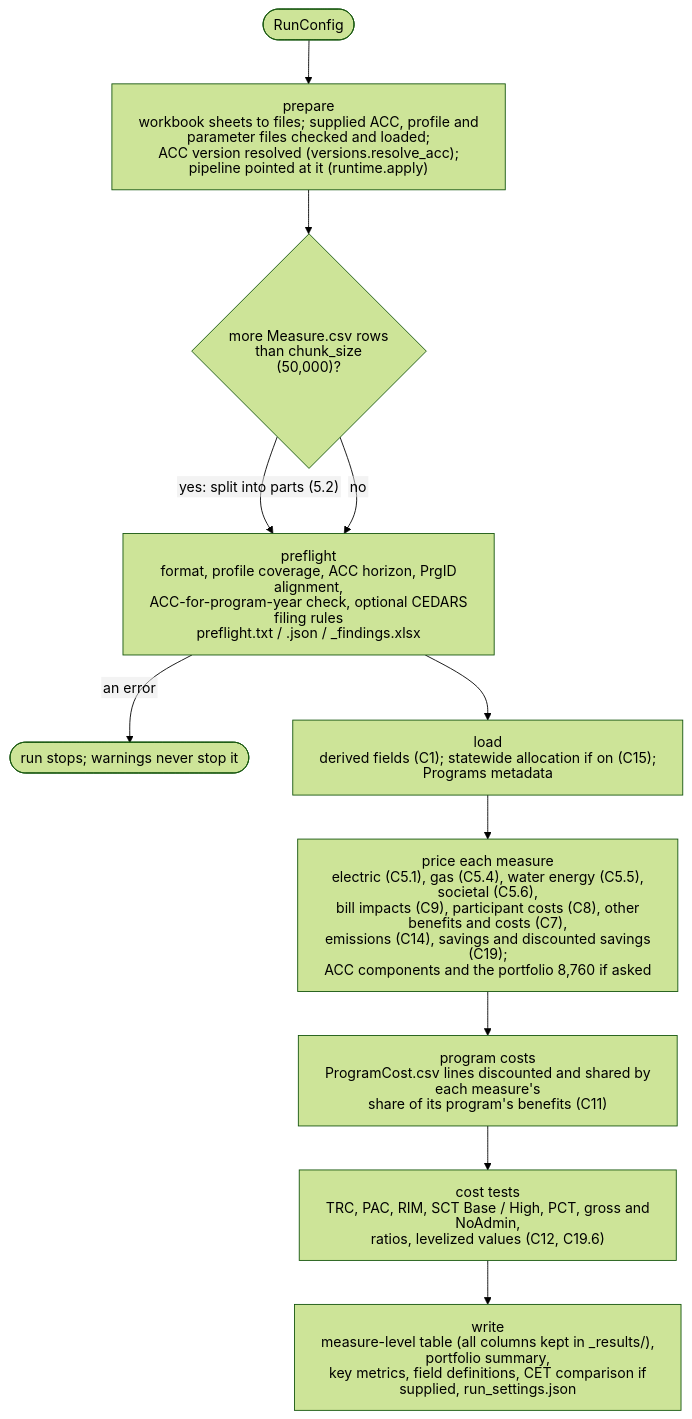
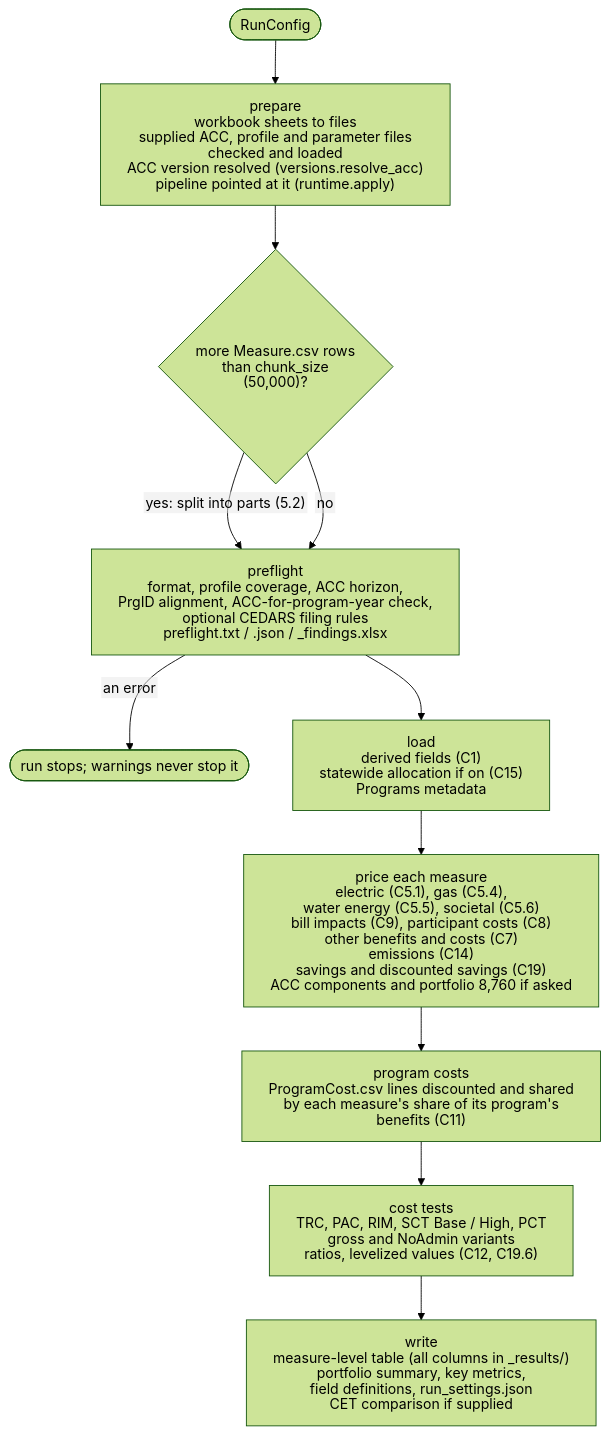
Before and after one commit to JRichardson-PGE/ReCET: the third of 7 diagrams in recet/docs/ARCHITECTURE.md, drawn with Mermaid (forest theme). The commit also changed other lines of this file, not shown here.

Commit message:
Architecture diagrams: break long label lines so none wraps into an orphan word

````diff
--- a/recet/docs/ARCHITECTURE.md
+++ b/recet/docs/ARCHITECTURE.md
@@ -184,21 +184,21 @@
 ```mermaid
 ---
 config:
   htmlLabels: false
   flowchart:
     htmlLabels: false
     wrappingWidth: 400
 ---
 flowchart TB
-    cfg(["RunConfig"]) --> prep["prepare<br/>workbook sheets to files; supplied ACC, profile and parameter files checked and loaded;<br/>ACC version resolved (versions.resolve_acc); pipeline pointed at it (runtime.apply)"]
+    cfg(["RunConfig"]) --> prep["prepare<br/>workbook sheets to files<br/>supplied ACC, profile and parameter files<br/>checked and loaded<br/>ACC version resolved (versions.resolve_acc)<br/>pipeline pointed at it (runtime.apply)"]
     prep --> split{"more Measure.csv rows<br/>than chunk_size<br/>(50,000)?"}
     split -->|"yes: split into parts (5.2)"| pre
     split -->|no| pre
-    pre["preflight<br/>format, profile coverage, ACC horizon, PrgID alignment,<br/>ACC-for-program-year check, optional CEDARS filing rules<br/>preflight.txt / .json / _findings.xlsx"]
+    pre["preflight<br/>format, profile coverage, ACC horizon,<br/>PrgID alignment, ACC-for-program-year check,<br/>optional CEDARS filing rules<br/>preflight.txt / .json / _findings.xlsx"]
     pre -->|"an error"| stop(["run stops; warnings never stop it"])
-    pre --> load["load<br/>derived fields (C1); statewide allocation if on (C15); Programs metadata"]
-    load --> price["price each measure<br/>electric (C5.1), gas (C5.4), water energy (C5.5), societal (C5.6),<br/>bill impacts (C9), participant costs (C8), other benefits and costs (C7),<br/>emissions (C14), savings and discounted savings (C19);<br/>ACC components and the portfolio 8,760 if asked"]
-    price --> pc["program costs<br/>ProgramCost.csv lines discounted and shared by each measure's<br/>share of its program's benefits (C11)"]
-    pc --> tests["cost tests<br/>TRC, PAC, RIM, SCT Base / High, PCT, gross and NoAdmin,<br/>ratios, levelized values (C12, C19.6)"]
-    tests --> write["write<br/>measure-level table (all columns kept in _results/), portfolio summary,<br/>key metrics, field definitions, CET comparison if supplied, run_settings.json"]
+    pre --> load["load<br/>derived fields (C1)<br/>statewide allocation if on (C15)<br/>Programs metadata"]
+    load --> price["price each measure<br/>electric (C5.1), gas (C5.4),<br/>water energy (C5.5), societal (C5.6)<br/>bill impacts (C9), participant costs (C8)<br/>other benefits and costs (C7)<br/>emissions (C14)<br/>savings and discounted savings (C19)<br/>ACC components and portfolio 8,760 if asked"]
+    price --> pc["program costs<br/>ProgramCost.csv lines discounted and shared<br/>by each measure's share of its program's<br/>benefits (C11)"]
+    pc --> tests["cost tests<br/>TRC, PAC, RIM, SCT Base / High, PCT<br/>gross and NoAdmin variants<br/>ratios, levelized values (C12, C19.6)"]
+    tests --> write["write<br/>measure-level table (all columns in _results/)<br/>portfolio summary, key metrics,<br/>field definitions, run_settings.json<br/>CET comparison if supplied"]
 ```
````
